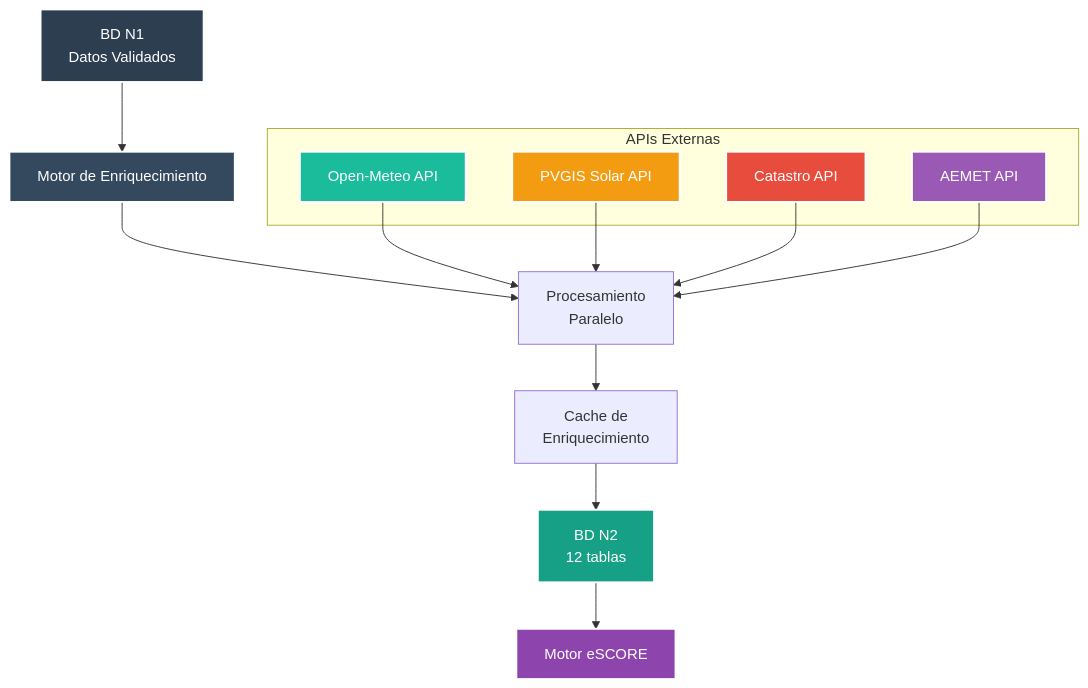
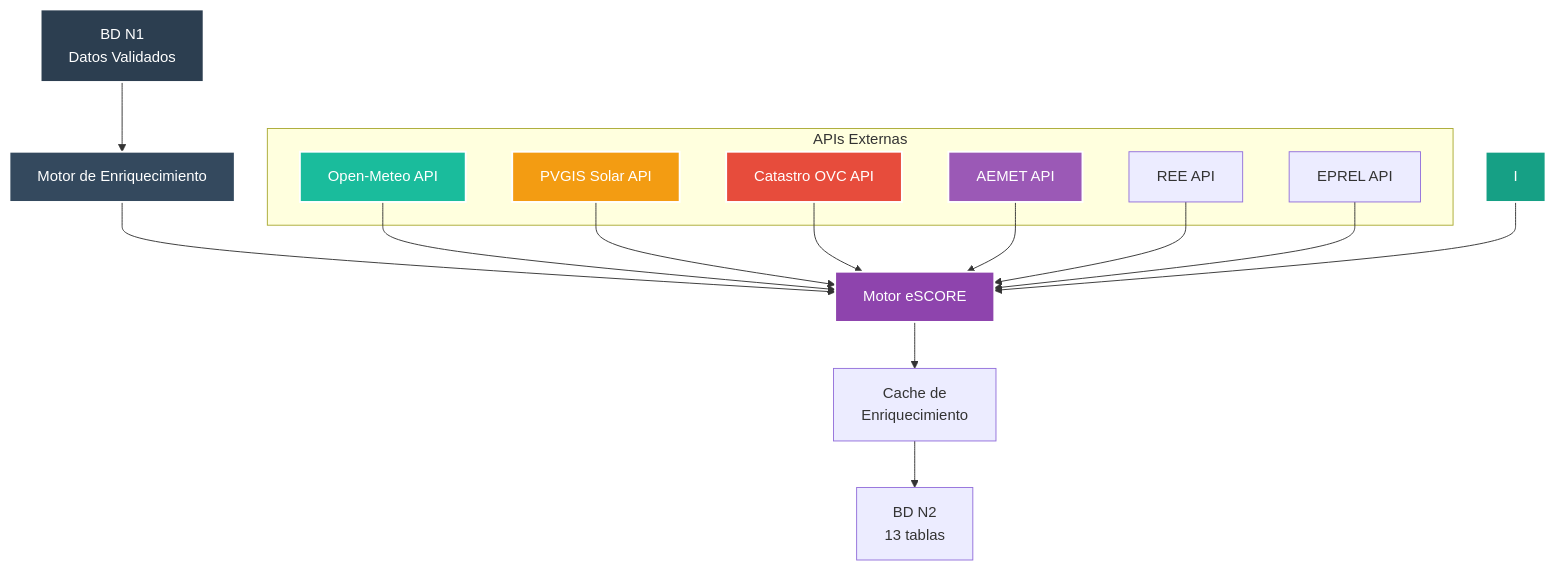
Before and after one commit to EGD2024/db-watioverse: the first of 3 diagrams in pipeline/N2/README_N2.md, drawn with Mermaid. The commit also changed other lines of this file and 14 other files, not shown here.

````diff
--- a/pipeline/N2/README_N2.md
+++ b/pipeline/N2/README_N2.md
@@ -42,30 +42,34 @@
 ```mermaid
 graph TD
     A[BD N1<br/>Datos Validados] --> B[Motor de Enriquecimiento]
     
     subgraph "APIs Externas"
         C[Open-Meteo API]
         D[PVGIS Solar API]
-        E[Catastro API]
+        E[Catastro OVC API]
         F[AEMET API]
+        G[REE API]
+        H[EPREL API]
     end
     
-    B --> G[Procesamiento<br/>Paralelo]
-    C --> G
-    D --> G
-    E --> G
-    F --> G
+    B --> J[Procesamiento<br/>Paralelo]
+    C --> J
+    D --> J
+    E --> J
+    F --> J
+    G --> J
+    H --> J
     
-    G --> H[Cache de<br/>Enriquecimiento]
-    H --> I[BD N2<br/>12 tablas]
+    J --> K[Cache de<br/>Enriquecimiento]
+    K --> L[BD N2<br/>13 tablas]
     I --> J[Motor eSCORE]
     
     style A fill:#2C3E50,stroke:#ffffff,stroke-width:2px,color:#ffffff
     style B fill:#34495E,stroke:#ffffff,stroke-width:2px,color:#ffffff
     style C fill:#1ABC9C,stroke:#ffffff,stroke-width:2px,color:#ffffff
     style D fill:#F39C12,stroke:#ffffff,stroke-width:2px,color:#ffffff
     style E fill:#E74C3C,stroke:#ffffff,stroke-width:2px,color:#ffffff
     style F fill:#9B59B6,stroke:#ffffff,stroke-width:2px,color:#ffffff
     style I fill:#16A085,stroke:#ffffff,stroke-width:2px,color:#ffffff
     style J fill:#8E44AD,stroke:#ffffff,stroke-width:2px,color:#ffffff
 ```
````
